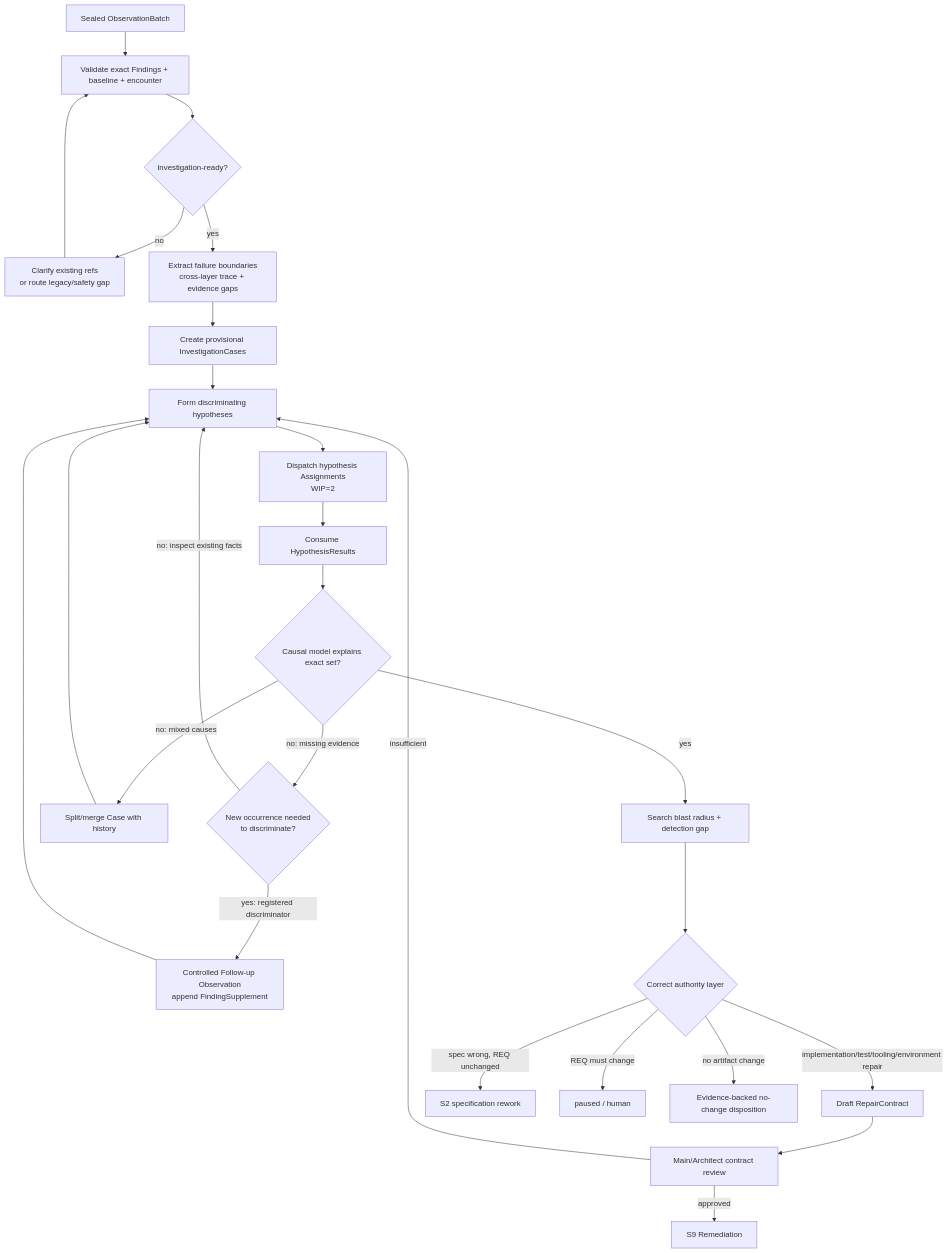
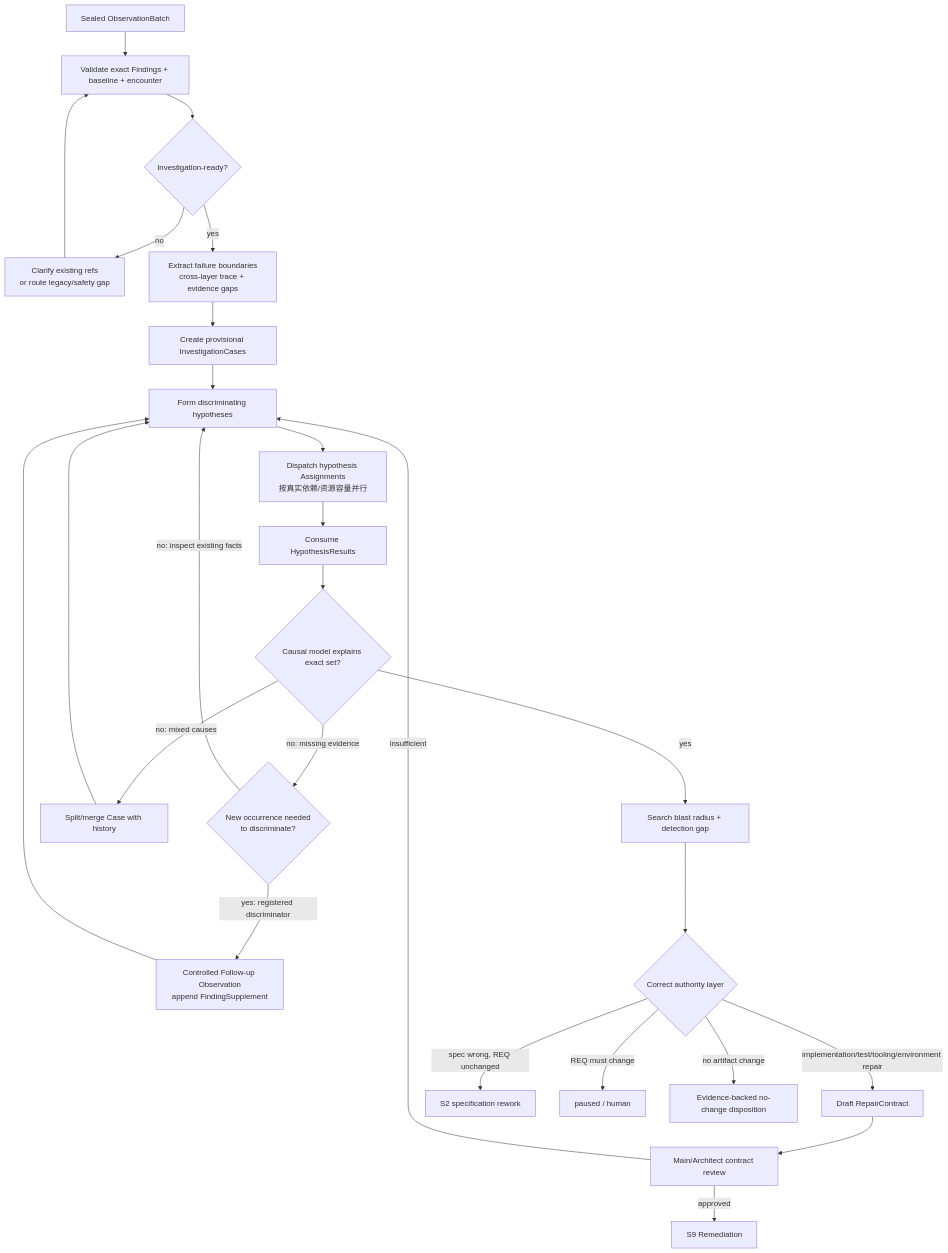
One commit to Sebs-Lee/go-system-builder changed the third of 3 diagrams in blueprint/L3-S8-finding-investigation.md. Above: the diagram before and after it, drawn with Mermaid. The commit also changed other lines of this file and 85 other files, not shown here.

````diff
--- a/blueprint/L3-S8-finding-investigation.md
+++ b/blueprint/L3-S8-finding-investigation.md
@@ -251,28 +251,28 @@
 ```mermaid
 flowchart TD
     IN["Sealed ObservationBatch"] --> INGEST["Validate exact Findings + baseline + encounter"]
     INGEST --> COMPLETE{"Investigation-ready?"}
     COMPLETE -->|"no"| CLARIFY["Clarify existing refs<br/>or route legacy/safety gap"]
     CLARIFY --> INGEST
     COMPLETE -->|"yes"| BOUND["Extract failure boundaries<br/>cross-layer trace + evidence gaps"]
     BOUND --> GROUP["Create provisional InvestigationCases"]
     GROUP --> HYP["Form discriminating hypotheses"]
-    HYP --> DISPATCH["Dispatch hypothesis Assignments<br/>WIP=2"]
+    HYP --> DISPATCH["Dispatch hypothesis Assignments<br/>按真实依赖/资源容量并行"]
     DISPATCH --> RESULTS["Consume HypothesisResults"]
     RESULTS --> CONVERGE{"Causal model explains exact set?"}
     CONVERGE -->|"no: missing evidence"| NEED{"New occurrence needed<br/>to discriminate?"}
     NEED -->|"no: inspect existing facts"| HYP
     NEED -->|"yes: registered discriminator"| FOLLOW["Controlled Follow-up Observation<br/>append FindingSupplement"]
     FOLLOW --> HYP
     CONVERGE -->|"no: mixed causes"| SPLIT["Split/merge Case with history"]
     SPLIT --> HYP
     CONVERGE -->|"yes"| BLAST["Search blast radius + detection gap"]
     BLAST --> CLASSIFY{"Correct authority layer"}
     CLASSIFY -->|"implementation/test/tooling/environment repair"| CONTRACT["Draft RepairContract"]
     CLASSIFY -->|"spec wrong, REQ unchanged"| SPEC["S2 specification rework"]
     CLASSIFY -->|"REQ must change"| REQ["paused / human"]
     CLASSIFY -->|"no artifact change"| NOCHANGE["Evidence-backed no-change disposition"]
     CONTRACT --> REVIEW["Main/Architect contract review"]
     REVIEW -->|"insufficient"| HYP
     REVIEW -->|"approved"| S9["S9 Remediation"]
 ```
````
